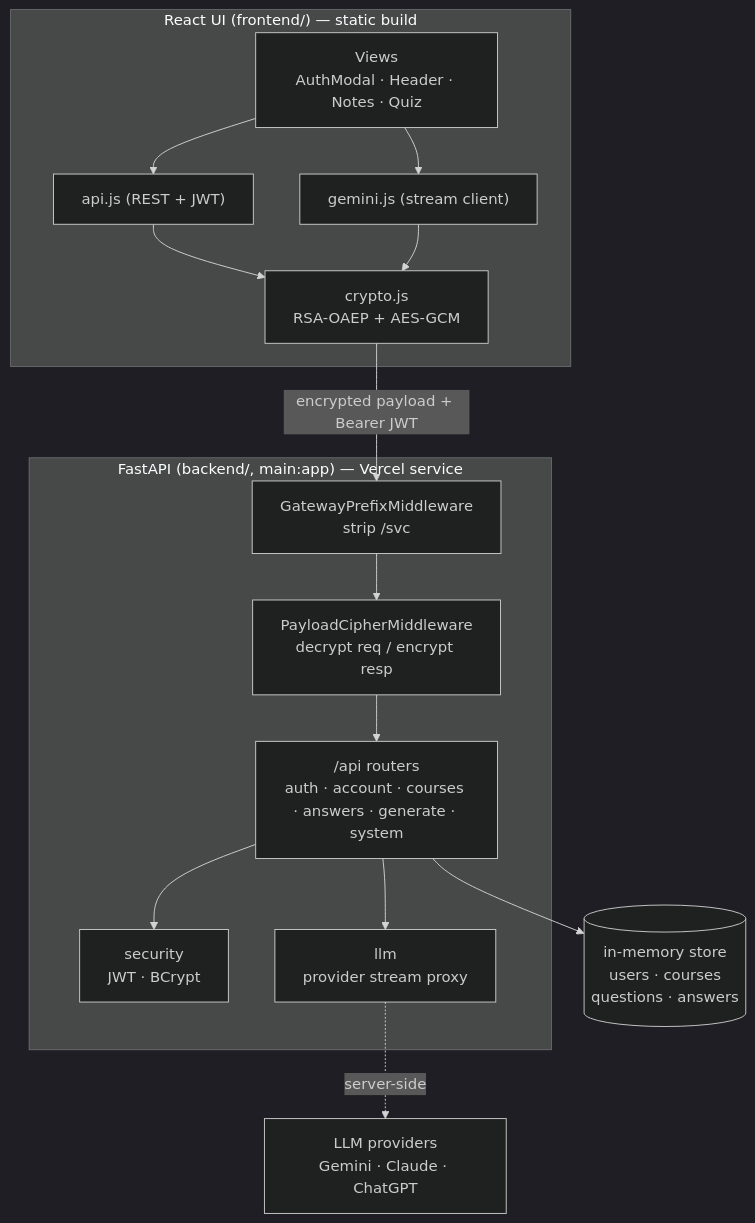
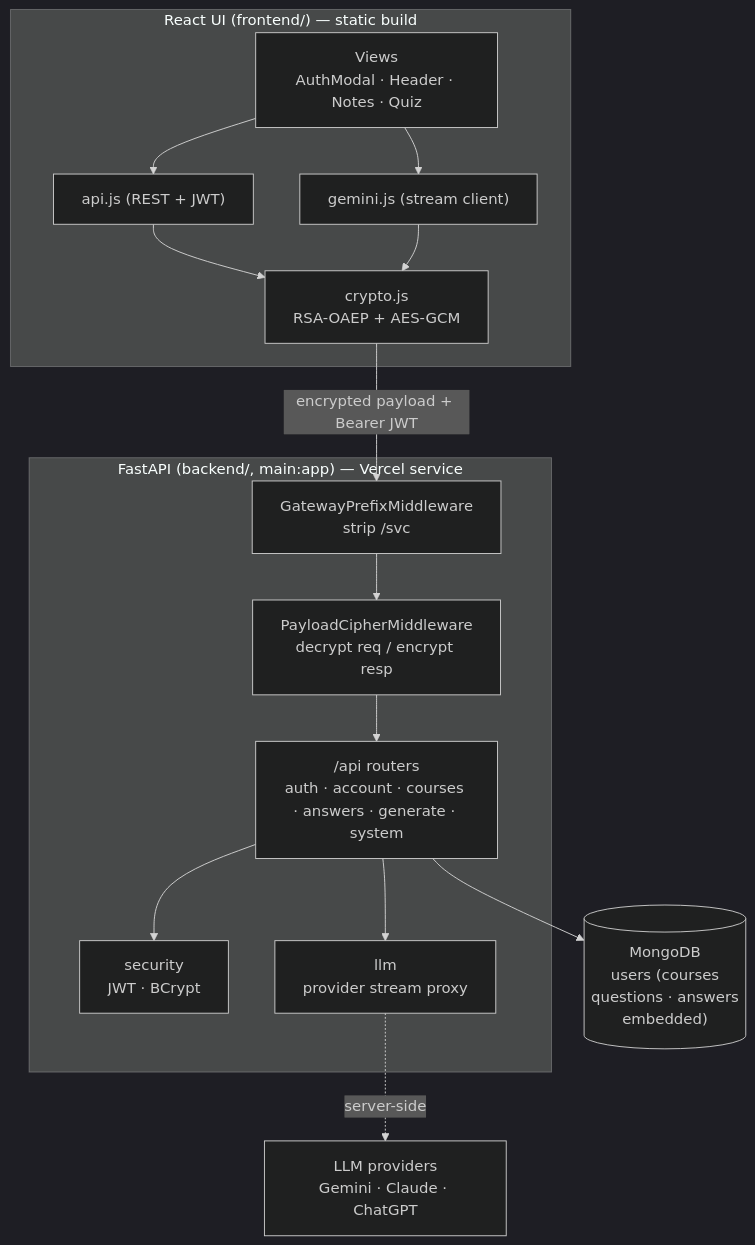
One commit to rishabh750/quiz changed the first of 5 diagrams in docs/ARCHITECTURE.md. Above: the diagram before and after it, drawn with Mermaid (dark theme). The commit also changed other lines of this file and 9 other files, not shown here.

````diff
--- a/docs/ARCHITECTURE.md
+++ b/docs/ARCHITECTURE.md
@@ -9,28 +9,28 @@
 ```mermaid
 graph TB
   subgraph UI["React UI (frontend/) — static build"]
     V["Views<br/>AuthModal · Header · Notes · Quiz"]
     API["api.js (REST + JWT)"]
     CR["crypto.js<br/>RSA-OAEP + AES-GCM"]
     LLM["gemini.js (stream client)"]
     V --> API --> CR
     V --> LLM --> CR
   end
 
   subgraph Backend["FastAPI (backend/, main:app) — Vercel service"]
     GW["GatewayPrefixMiddleware<br/>strip /svc"]
     MW["PayloadCipherMiddleware<br/>decrypt req / encrypt resp"]
     R["/api routers<br/>auth · account · courses · answers · generate · system"]
     SEC["security<br/>JWT · BCrypt"]
     PROXY["llm<br/>provider stream proxy"]
     GW --> MW --> R --> SEC
     R --> PROXY
   end
 
-  STORE[("in-memory store<br/>users · courses<br/>questions · answers")]
+  STORE[("MongoDB<br/>users (courses<br/>questions · answers<br/>embedded)")]
   PROV["LLM providers<br/>Gemini · Claude · ChatGPT"]
 
   CR -->|encrypted payload + Bearer JWT| GW
   R --> STORE
   PROXY -.server-side.-> PROV
 ```
````
